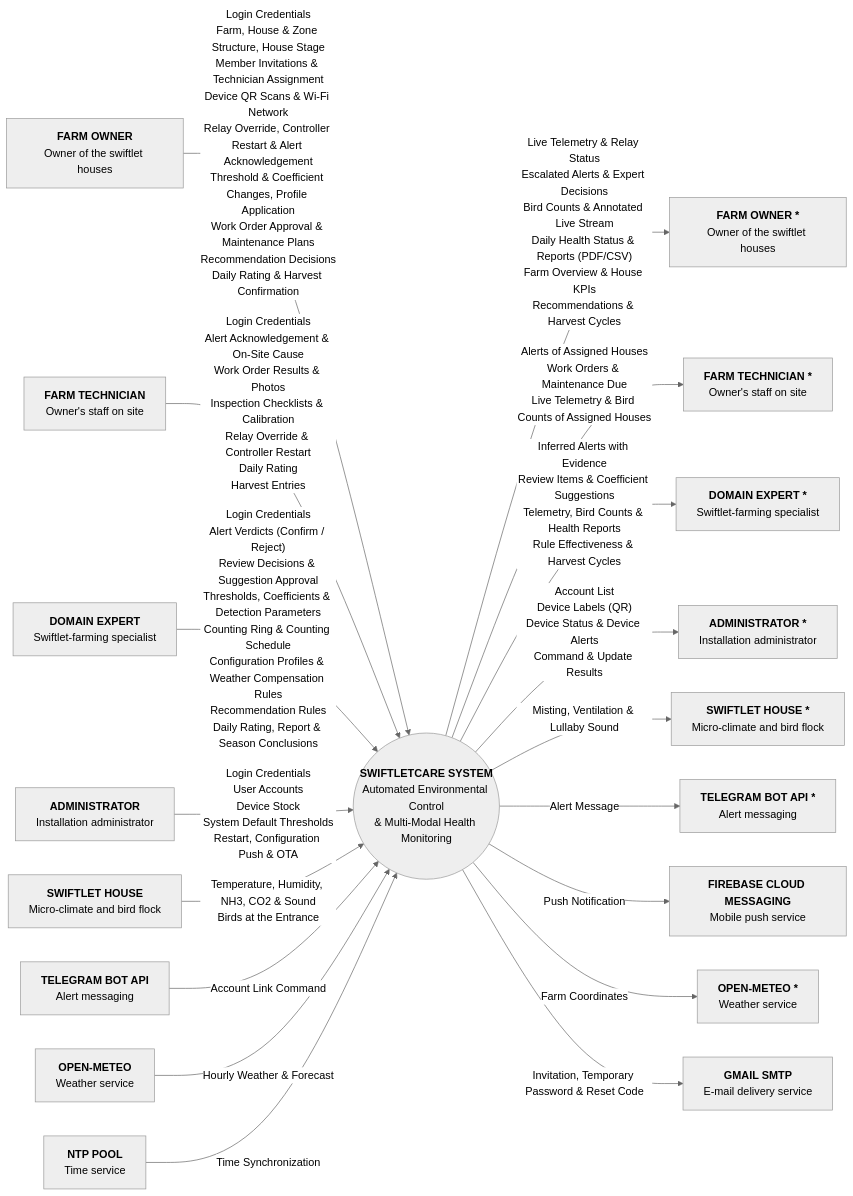
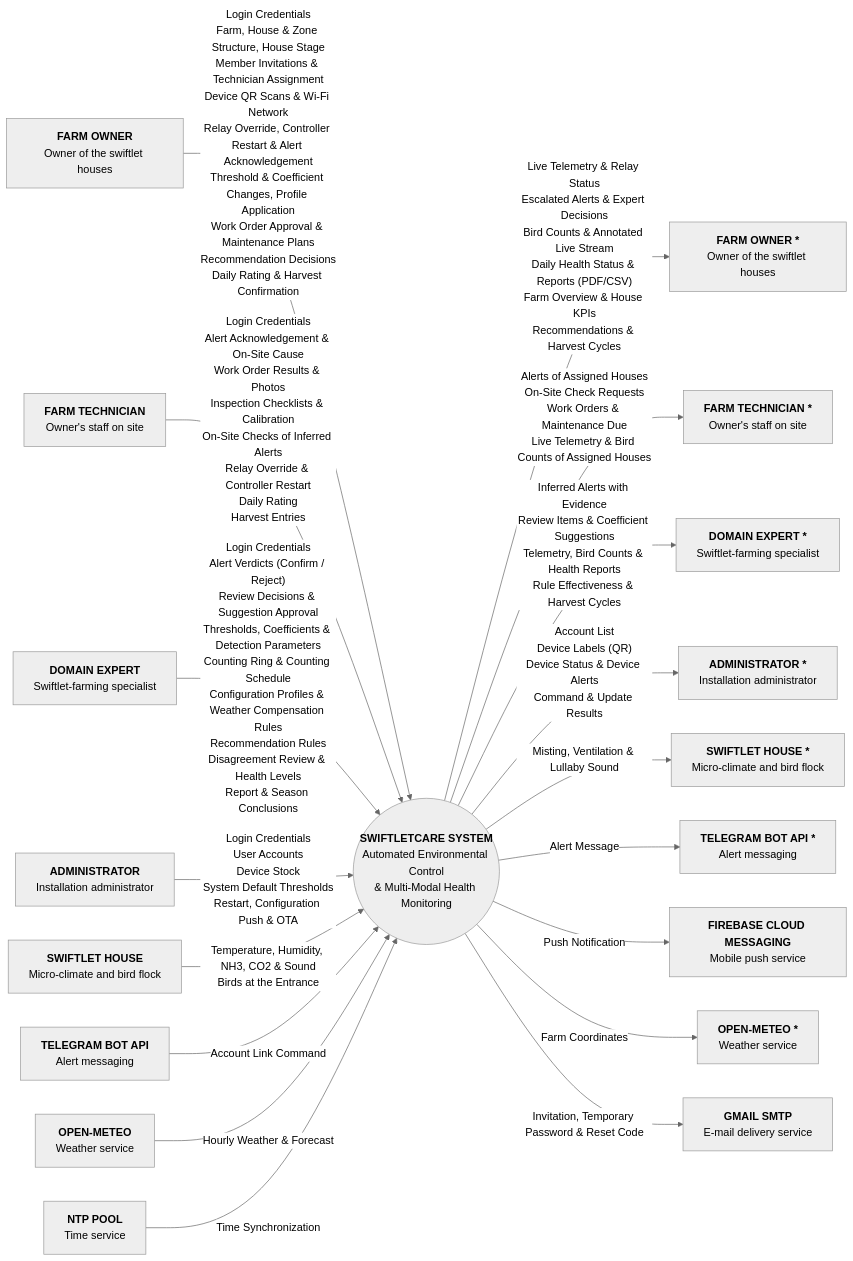
Before and after one commit to NBao261/SwiftletCare_KLTN: the first of 2 diagrams in docs/reports/report3-srs.md, drawn with Mermaid (neutral theme). The commit also changed other lines of this file and 14 other files, not shown here.

First line of the commit message:
docs(srs): technician does the on-site work of MF-04 and MF-06

````diff
--- a/docs/reports/report3-srs.md
+++ b/docs/reports/report3-srs.md
@@ -133,38 +133,38 @@
 ```mermaid
 flowchart LR
   FOi["<b>FARM OWNER</b><br/>Owner of the swiftlet houses"]
   FTi["<b>FARM TECHNICIAN</b><br/>Owner's staff on site"]
   DEi["<b>DOMAIN EXPERT</b><br/>Swiftlet-farming specialist"]
   ADi["<b>ADMINISTRATOR</b><br/>Installation administrator"]
   SHi["<b>SWIFTLET HOUSE</b><br/>Micro-climate and bird flock"]
   TGi["<b>TELEGRAM BOT API</b><br/>Alert messaging"]
   OMi["<b>OPEN-METEO</b><br/>Weather service"]
   NTP["<b>NTP POOL</b><br/>Time service"]
   SYS(("<b>SWIFTLETCARE SYSTEM</b><br/>Automated Environmental Control<br/>& Multi-Modal Health Monitoring"))
   FOo["<b>FARM OWNER *</b><br/>Owner of the swiftlet houses"]
   FTo["<b>FARM TECHNICIAN *</b><br/>Owner's staff on site"]
   DEo["<b>DOMAIN EXPERT *</b><br/>Swiftlet-farming specialist"]
   ADo["<b>ADMINISTRATOR *</b><br/>Installation administrator"]
   SHo["<b>SWIFTLET HOUSE *</b><br/>Micro-climate and bird flock"]
   TGo["<b>TELEGRAM BOT API *</b><br/>Alert messaging"]
   FCM["<b>FIREBASE CLOUD MESSAGING</b><br/>Mobile push service"]
   OMo["<b>OPEN-METEO *</b><br/>Weather service"]
   GM["<b>GMAIL SMTP</b><br/>E-mail delivery service"]
   FOi -- "Login Credentials<br/>Farm, House & Zone Structure, House Stage<br/>Member Invitations & Technician Assignment<br/>Device QR Scans & Wi-Fi Network<br/>Relay Override, Controller Restart & Alert Acknowledgement<br/>Threshold & Coefficient Changes, Profile Application<br/>Work Order Approval & Maintenance Plans<br/>Recommendation Decisions<br/>Daily Rating & Harvest Confirmation" --> SYS
-  FTi -- "Login Credentials<br/>Alert Acknowledgement & On-Site Cause<br/>Work Order Results & Photos<br/>Inspection Checklists & Calibration<br/>Relay Override & Controller Restart<br/>Daily Rating<br/>Harvest Entries" --> SYS
-  DEi -- "Login Credentials<br/>Alert Verdicts (Confirm / Reject)<br/>Review Decisions & Suggestion Approval<br/>Thresholds, Coefficients & Detection Parameters<br/>Counting Ring & Counting Schedule<br/>Configuration Profiles & Weather Compensation Rules<br/>Recommendation Rules<br/>Daily Rating, Report & Season Conclusions" --> SYS
+  FTi -- "Login Credentials<br/>Alert Acknowledgement & On-Site Cause<br/>Work Order Results & Photos<br/>Inspection Checklists & Calibration<br/>On-Site Checks of Inferred Alerts<br/>Relay Override & Controller Restart<br/>Daily Rating<br/>Harvest Entries" --> SYS
+  DEi -- "Login Credentials<br/>Alert Verdicts (Confirm / Reject)<br/>Review Decisions & Suggestion Approval<br/>Thresholds, Coefficients & Detection Parameters<br/>Counting Ring & Counting Schedule<br/>Configuration Profiles & Weather Compensation Rules<br/>Recommendation Rules<br/>Disagreement Review & Health Levels<br/>Report & Season Conclusions" --> SYS
   ADi -- "Login Credentials<br/>User Accounts<br/>Device Stock<br/>System Default Thresholds<br/>Restart, Configuration Push & OTA" --> SYS
   SHi -- "Temperature, Humidity, NH3, CO2 & Sound<br/>Birds at the Entrance" --> SYS
   TGi -- "Account Link Command" --> SYS
   OMi -- "Hourly Weather & Forecast" --> SYS
   NTP -- "Time Synchronization" --> SYS
   SYS -- "Live Telemetry & Relay Status<br/>Escalated Alerts & Expert Decisions<br/>Bird Counts & Annotated Live Stream<br/>Daily Health Status & Reports (PDF/CSV)<br/>Farm Overview & House KPIs<br/>Recommendations & Harvest Cycles" --> FOo
-  SYS -- "Alerts of Assigned Houses<br/>Work Orders & Maintenance Due<br/>Live Telemetry & Bird Counts of Assigned Houses" --> FTo
+  SYS -- "Alerts of Assigned Houses<br/>On-Site Check Requests<br/>Work Orders & Maintenance Due<br/>Live Telemetry & Bird Counts of Assigned Houses" --> FTo
   SYS -- "Inferred Alerts with Evidence<br/>Review Items & Coefficient Suggestions<br/>Telemetry, Bird Counts & Health Reports<br/>Rule Effectiveness & Harvest Cycles" --> DEo
   SYS -- "Account List<br/>Device Labels (QR)<br/>Device Status & Device Alerts<br/>Command & Update Results" --> ADo
   SYS -- "Misting, Ventilation & Lullaby Sound" --> SHo
   SYS -- "Alert Message" --> TGo
   SYS -- "Push Notification" --> FCM
   SYS -- "Farm Coordinates" --> OMo
   SYS -- "Invitation, Temporary Password & Reset Code" --> GM
 ```
````
